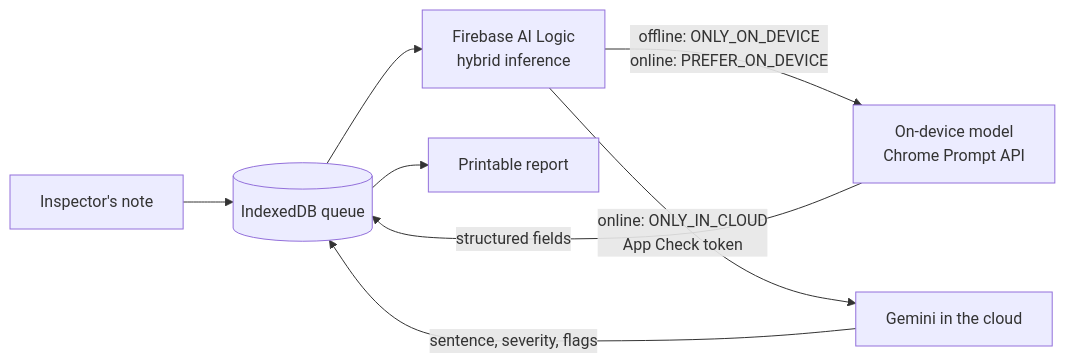
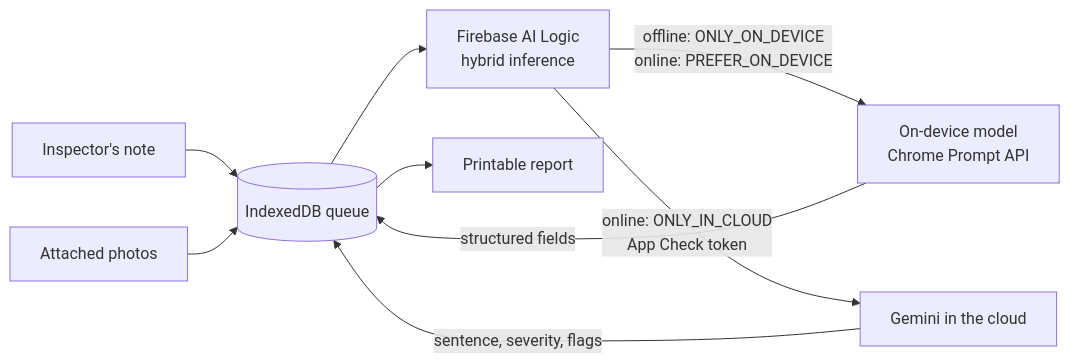
Before and after one commit to handue/plumb: the diagram in README.md, drawn with Mermaid. The commit also changed other lines of this file and 2 other files, not shown here.

````diff
--- a/README.md
+++ b/README.md
@@ -47,10 +67,11 @@
 ```mermaid
 flowchart LR
   note[Inspector's note] --> idb[(IndexedDB queue)]
   idb --> sdk[Firebase AI Logic<br/>hybrid inference]
   sdk -- "offline: ONLY_ON_DEVICE<br/>online: PREFER_ON_DEVICE" --> nano[On-device model<br/>Chrome Prompt API]
   sdk -- "online: ONLY_IN_CLOUD<br/>App Check token" --> cloud[Gemini in the cloud]
   nano -- "structured fields" --> idb
   cloud -- "sentence, severity, flags" --> idb
+  photo[Attached photos] --> idb
   idb --> report[Printable report]
 ```
````
